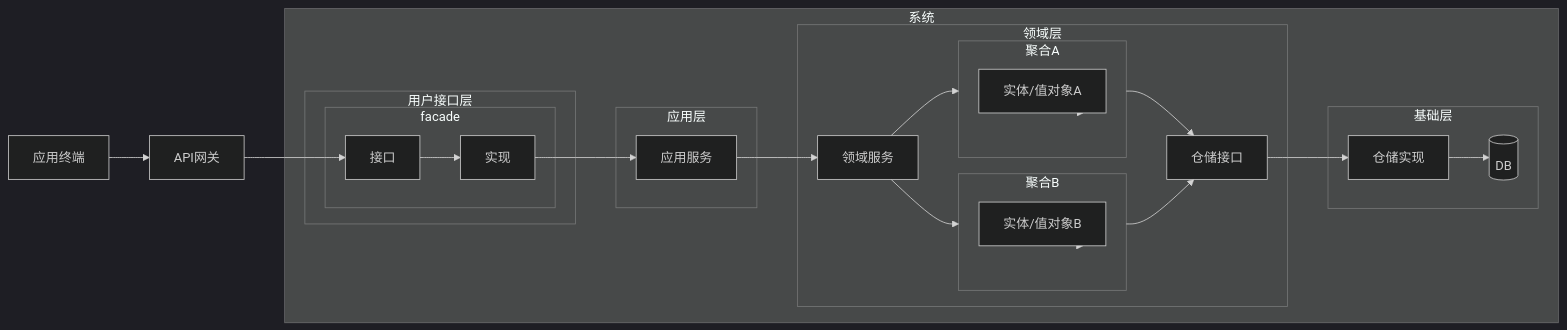
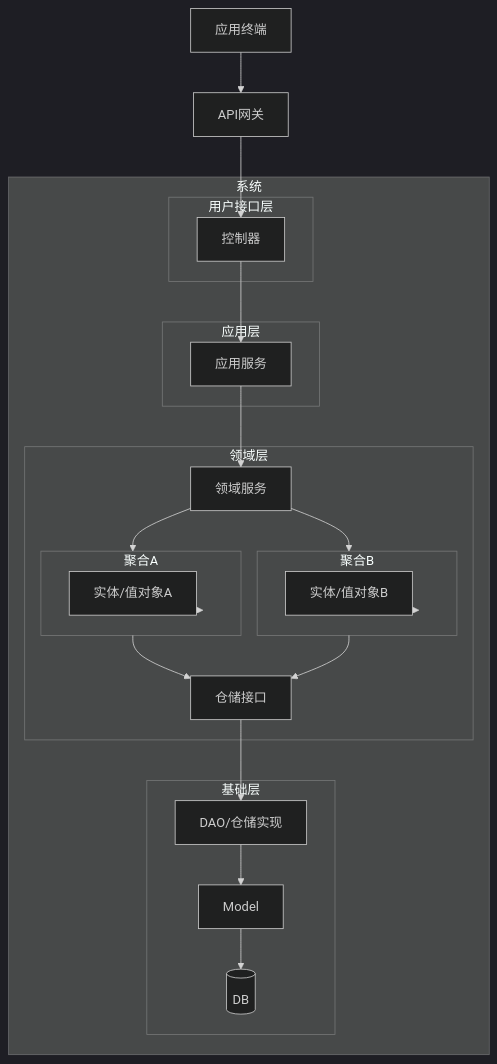
Before and after one commit to n3xtchen/gin-3at: the diagram in README.md, drawn with Mermaid (dark theme). The commit also changed other lines of this file, not shown here.

````diff
--- a/README.md
+++ b/README.md
@@ -112,60 +95,60 @@
 ```mermaid
-flowchart LR
+flowchart TD
   %% 外部
   Client[应用终端]
   APIGW[API网关]
 
   %% 系统主框
   subgraph 系统
     subgraph 用户接口层
-      subgraph Facade[facade]
-        FacadeInterface[接口]
-        FacadeImpl[实现]
-      end
+      Controller[控制器]
     end
 
     subgraph 应用层
       AppService[应用服务]
       %% AppRepoPort[仓储接口]
     end
 
     subgraph 领域层
       DomainService[领域服务]
 
       subgraph AggregatesA[聚合A]
         ValueObjA[实体/值对象A]
       end
       subgraph AggregatesB[聚合B]
         ValueObjB[实体/值对象B]
       end
       DomainRepoPort[仓储接口]
     end
 
     subgraph 基础层
-      RepoImplDB[仓储实现]
+      DAO[DAO/仓储实现]
+      PO[Model]
       DB[(DB)]
       %% RepoImplFile[仓储实现]
       %% File[文件]
     end
   end
 
   %% 关系
   Client --> APIGW
-  APIGW --> FacadeInterface
-  FacadeInterface --> FacadeImpl
-  FacadeImpl --> AppService
+  APIGW --> Controller
+  Controller --> AppService
 
   AppService --> DomainService
 
   DomainService --> AggregatesA
   DomainService --> AggregatesB
   AggregatesA --> ValueObjA
   AggregatesB --> ValueObjB
   AggregatesA --> DomainRepoPort
   AggregatesB --> DomainRepoPort
 
-  DomainRepoPort --> RepoImplDB
+
+  DomainRepoPort --> DAO
   %% AppRepoPort --> RepoImplFile
-  RepoImplDB --> DB
+  DAO --> PO
+  PO --> DB
   %% RepoImplFile --> File
+ 
 ```
````
